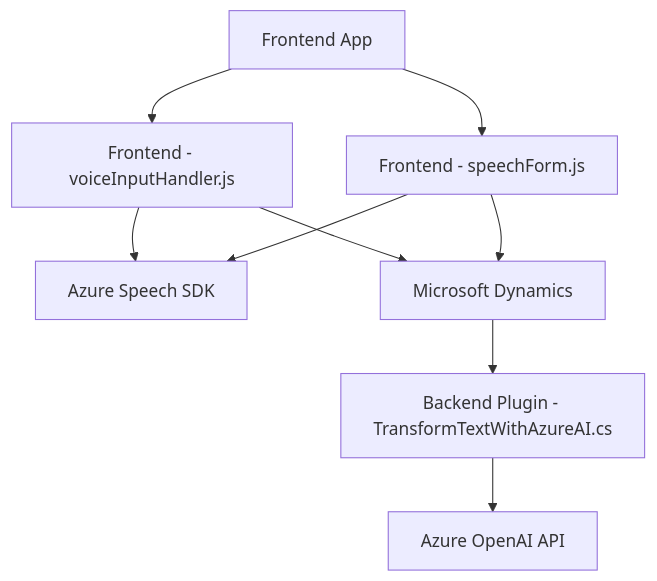
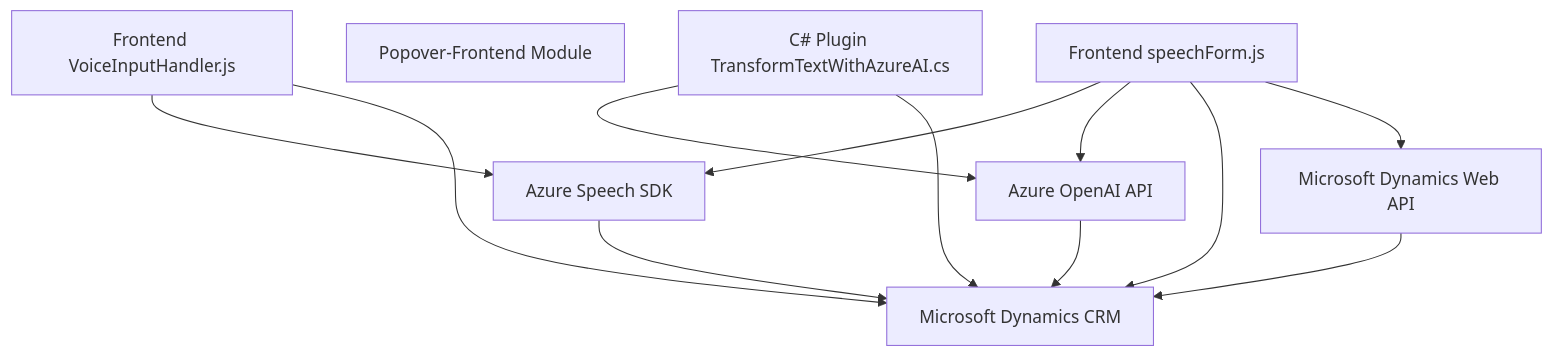
The diagram in README.md (blopezdm/NETCORE_BILBAO2025), drawn with Mermaid before and after one commit. The commit also changed other lines of this file, not shown here.

````diff
--- a/README.md
+++ b/README.md
@@ -51,19 +41,23 @@
 ```mermaid
 graph TD
-  A["Frontend App"]
-  B["Azure Speech SDK"]
-  C["Frontend - voiceInputHandler.js"]
-  D["Frontend - speechForm.js"]
-  E["Microsoft Dynamics"]
-  F["Backend Plugin - TransformTextWithAzureAI.cs"]
-  G["Azure OpenAI API"]
-  
-  A --> C
-  A --> D
-  C --> B
-  D --> B
-  C --> E
-  D --> E
-  E --> F
-  F --> G
+    A["Frontend VoiceInputHandler.js"]
+    A1["Popover-Frontend Module"]
+    B["Frontend speechForm.js"]
+    C["C# Plugin TransformTextWithAzureAI.cs"]
+    D["Azure Speech SDK"]
+    E["Azure OpenAI API"]
+    F["Microsoft Dynamics CRM"]
+    G["Microsoft Dynamics Web API"]
+
+    A --> D
+    A --> F
+    B --> D
+    B --> E
+    B --> F
+    B --> G
+    C --> E
+    C --> F
+    D --> F
+    E --> F
+    G --> F
 ```
````
